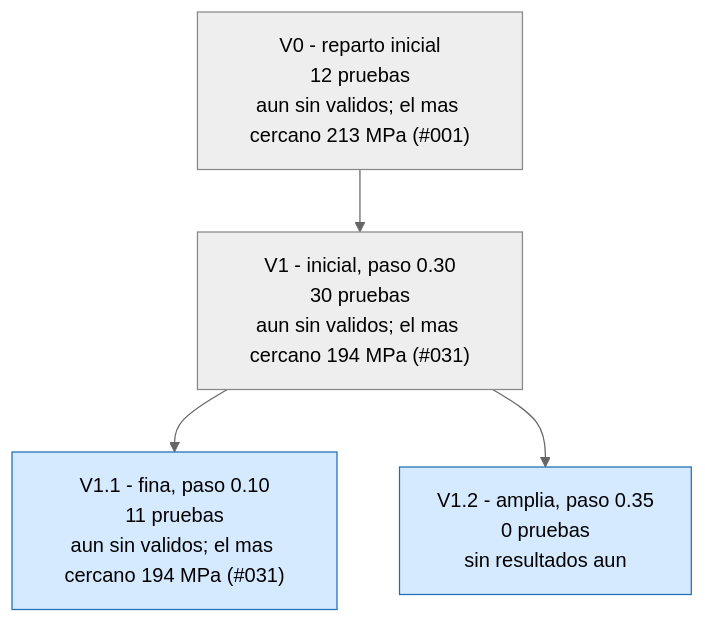
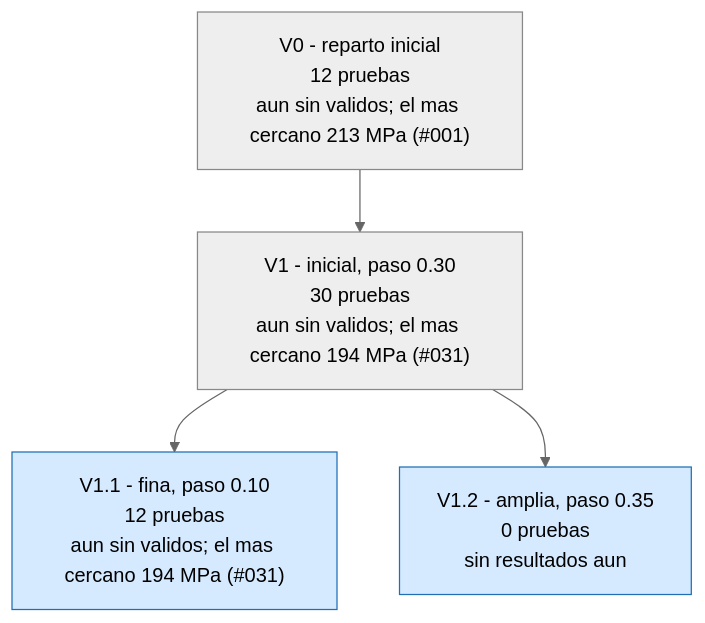
Before and after one commit to Hugiko/msd-soporte-optimizacion: the first of 3 diagrams in runs/opt_37800N/ARBOL.md, drawn with Mermaid (neutral theme). The commit also changed 19 other files, not shown here.

````diff
--- a/runs/opt_37800N/ARBOL.md
+++ b/runs/opt_37800N/ARBOL.md
@@ -9,13 +9,13 @@
 ```mermaid
 graph TD
 classDef activa fill:#d6eaff,stroke:#1f6fb5,color:#000
 classDef fin fill:#eeeeee,stroke:#888,color:#000
 classDef mejor fill:#c8f0c0,stroke:#1a9850,stroke-width:4px,color:#000
 V0["V0 - reparto inicial<br/>12 pruebas<br/>aun sin validos; el mas cercano 213 MPa (#001)"]:::fin
 V1["V1 - inicial, paso 0.30<br/>30 pruebas<br/>aun sin validos; el mas cercano 194 MPa (#031)"]:::fin
 V0 --> V1
-V1_1["V1.1 - fina, paso 0.10<br/>11 pruebas<br/>aun sin validos; el mas cercano 194 MPa (#031)"]:::activa
+V1_1["V1.1 - fina, paso 0.10<br/>12 pruebas<br/>aun sin validos; el mas cercano 194 MPa (#031)"]:::activa
 V1 --> V1_1
 V1_2["V1.2 - amplia, paso 0.35<br/>0 pruebas<br/>sin resultados aun"]:::activa
 V1 --> V1_2
 ```
````
